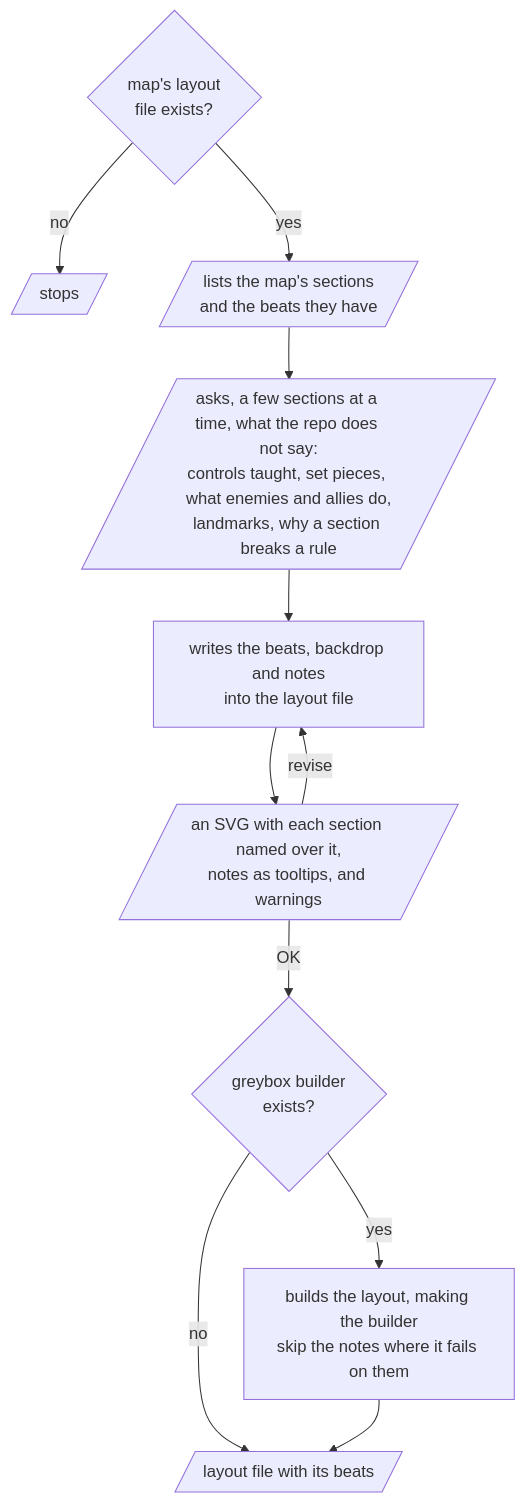
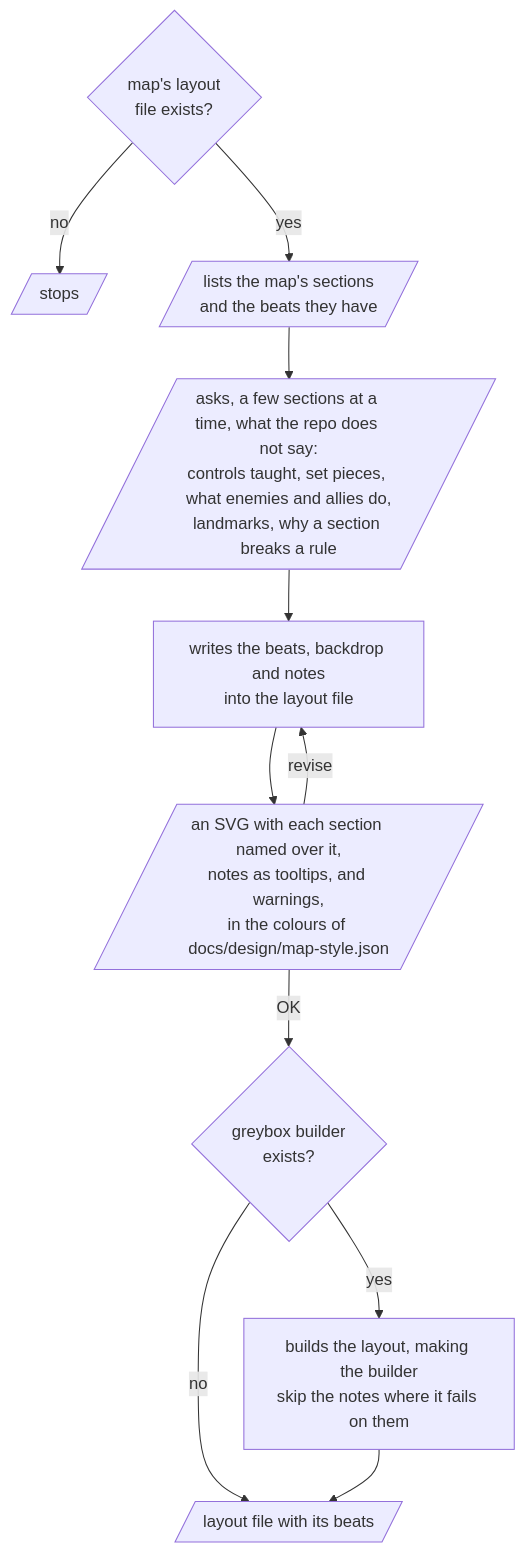
One commit to omni-stove/skill-kit changed the diagram in domains/game/skills/map-beats/README.md. Above: the diagram before and after it, drawn with Mermaid. The commit also changed 19 other files, not shown here.

````diff
--- a/domains/game/skills/map-beats/README.md
+++ b/domains/game/skills/map-beats/README.md
@@ -3,14 +3,14 @@
 ```mermaid
 flowchart TD
   start{map's layout<br/>file exists?}
   start -- "no" --> stop[/stops/]
   start -- "yes" --> sections[/lists the map's sections<br/>and the beats they have/]
   sections --> ask[/asks, a few sections at a time, what the repo does not say:<br/>controls taught, set pieces, what enemies and allies do,<br/>landmarks, why a section breaks a rule/]
   ask --> write[writes the beats, backdrop and notes<br/>into the layout file]
-  write --> view[/an SVG with each section named over it,<br/>notes as tooltips, and warnings/]
+  write --> view[/an SVG with each section named over it,<br/>notes as tooltips, and warnings,<br/>in the colours of docs/design/map-style.json/]
   view -- "revise" --> write
   view -- "OK" --> builder{greybox builder<br/>exists?}
   builder -- "no" --> done
   builder -- "yes" --> build[builds the layout, making the builder<br/>skip the notes where it fails on them]
   build --> done[/layout file with its beats/]
 ```
````
